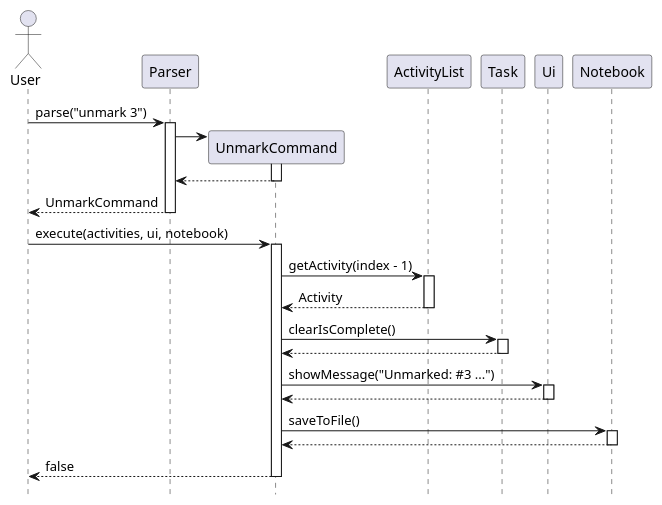
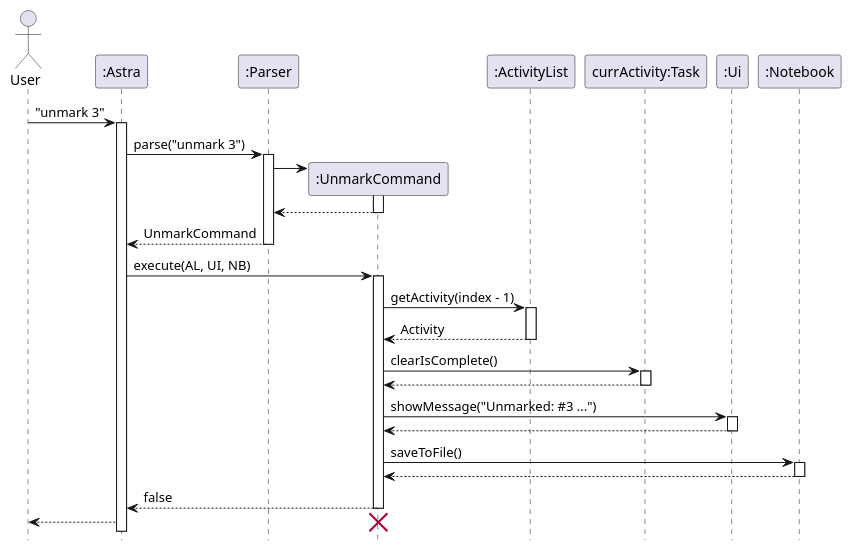
Before and after one commit to Kennahh/tp: the diagram in docs/diagrams/unmark Command.puml, drawn with PlantUML. The commit also changed 1 other file, not shown here.

Commit message:
Update UnmarkCommand sequence diagram

```diff
--- a/docs/diagrams/unmark Command.puml
+++ b/docs/diagrams/unmark Command.puml
@@ -1,58 +1,64 @@
 @startuml
 'https://plantuml.com/sequence-diagram
 hide footbox
 actor User
-participant Parser
-participant UnmarkCommand
-participant ActivityList
-participant Task
-participant Ui
-participant Notebook
+participant ":Astra" as Astra
+participant ":Parser" as Parser
+participant ":UnmarkCommand" as UnmarkCommand
+participant ":ActivityList" as ActivityList
+participant "currActivity:Task" as Task
+participant ":Ui" as Ui
+participant ":Notebook" as Notebook
 
 ' Step 1: User input is parsed
-User -> Parser : parse("unmark 3")
+User -> Astra : "unmark 3"
+activate Astra
+Astra -> Parser: parse("unmark 3")
 activate Parser
 
 ' Parser creates UnmarkCommand
 create UnmarkCommand
 Parser -> UnmarkCommand
 activate UnmarkCommand
 UnmarkCommand --> Parser
 deactivate UnmarkCommand
 
 ' Parser returns command to user
-Parser --> User : UnmarkCommand
+Parser --> Astra : UnmarkCommand
 deactivate Parser
 
 ' Step 2: User executes the command
-User -> UnmarkCommand : execute(activities, ui, notebook)
+Astra -> UnmarkCommand : execute(AL, UI, NB)
 activate UnmarkCommand
 
 ' Get activity from the list
 UnmarkCommand -> ActivityList : getActivity(index - 1)
 activate ActivityList
 ActivityList --> UnmarkCommand : Activity
 deactivate ActivityList
 
 ' Check if it is a Task and unmark it
 UnmarkCommand -> Task : clearIsComplete()
 activate Task
 Task --> UnmarkCommand
 deactivate Task
 
 ' Show confirmation message
 UnmarkCommand -> Ui : showMessage("Unmarked: #3 ...")
 activate Ui
 Ui --> UnmarkCommand
 deactivate Ui
 
 ' Save to file (optional)
 UnmarkCommand -> Notebook : saveToFile()
 activate Notebook
 Notebook --> UnmarkCommand
 deactivate Notebook
 
 ' Return false to User
-UnmarkCommand --> User : false
+UnmarkCommand --> Astra : false
 deactivate UnmarkCommand
+Astra --> User
+destroy UnmarkCommand
+
 @enduml
```
